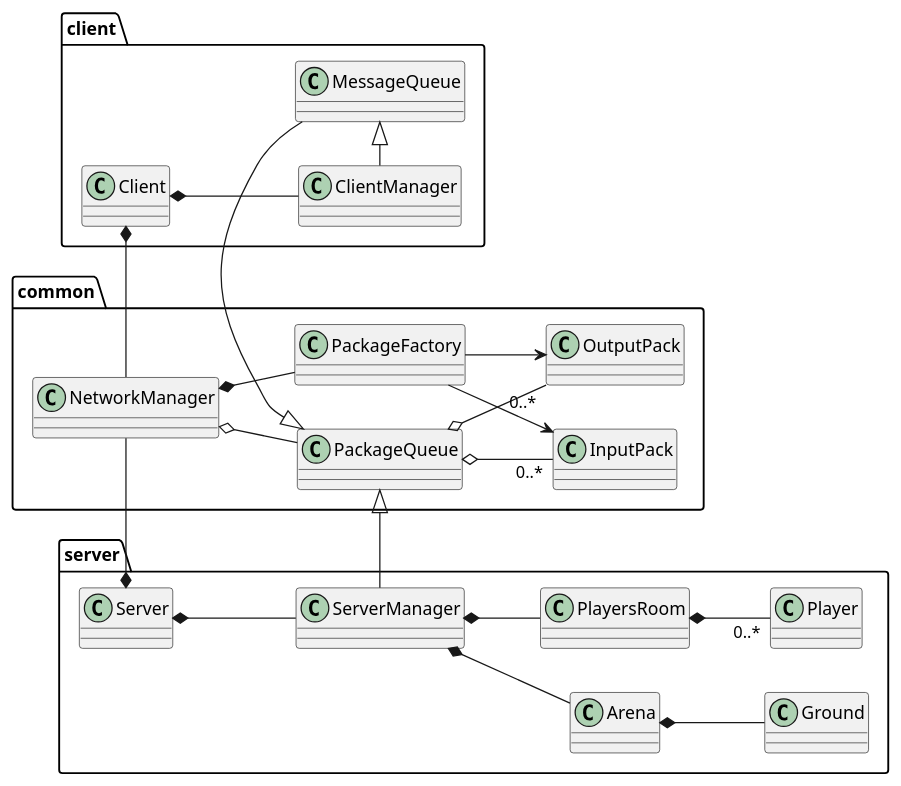
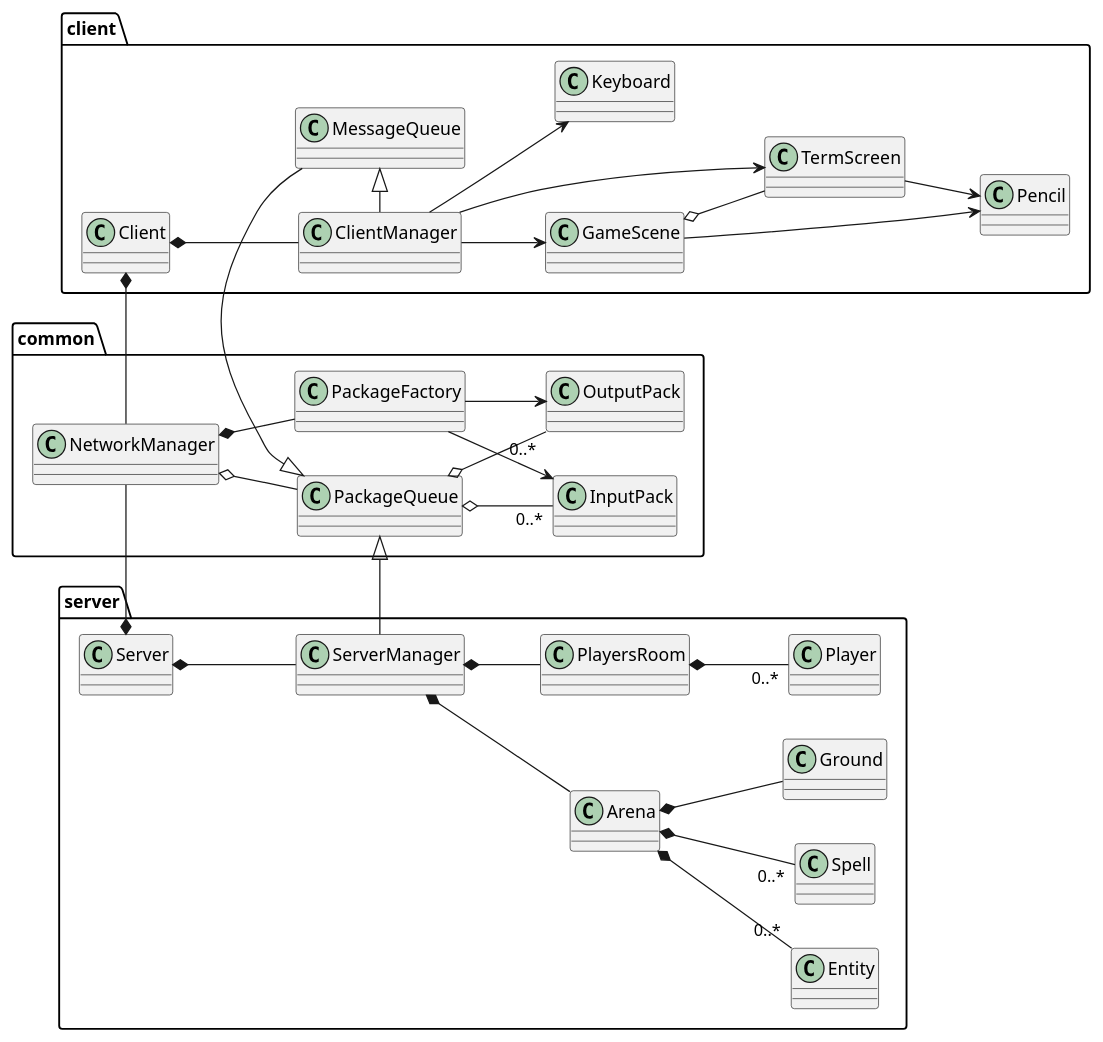
The diagram in docs/design/class.puml (lemunozm/asciiarena-js), drawn with PlantUML before and after one commit.

```diff
--- a/docs/design/class.puml
+++ b/docs/design/class.puml
@@ -1,49 +1,56 @@
 @startuml
 
 left to right direction
 
 package common {
     class NetworkManager
     class PackageFactory
     class PackageQueue
     class InputPack
     class OutputPack
 
     NetworkManager *-- PackageFactory
     NetworkManager o-- PackageQueue
     PackageQueue o--"0..*" InputPack
     PackageQueue o--"0..*" OutputPack
     PackageFactory --> InputPack
     PackageFactory --> OutputPack
 }
 
 package server {
     class Server
     class ServerManager
     class Arena
     class PlayersRoom
     class Player
     class Ground
 
     Server *-right- NetworkManager
     Server *-- ServerManager
     ServerManager -right-|> PackageQueue
     ServerManager *-- PlayersRoom
     ServerManager *-- Arena
     PlayersRoom *--"0..*" Player
     Arena *-- Ground
+    Arena *--"0..*" Entity
+    Arena *--"0..*" Spell
 }
 
 package client {
     class MessageQueue
     class Client
     class ClientManager
 
     Client *-left- NetworkManager
     Client *-- ClientManager
     MessageQueue -left-|> PackageQueue
     ClientManager -right-|> MessageQueue
-
+    ClientManager --> TermScreen
+    ClientManager --> Keyboard
+    ClientManager --> GameScene
+    GameScene o-- TermScreen
+    TermScreen --> Pencil
+    GameScene --> Pencil
 }
 
 @enduml
```
